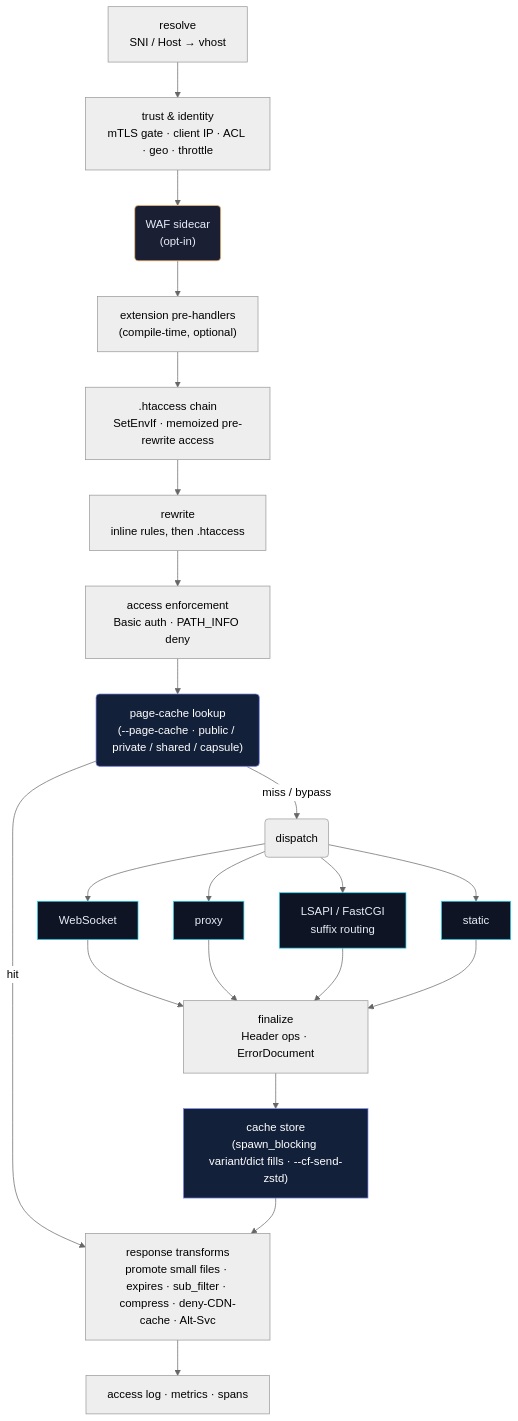
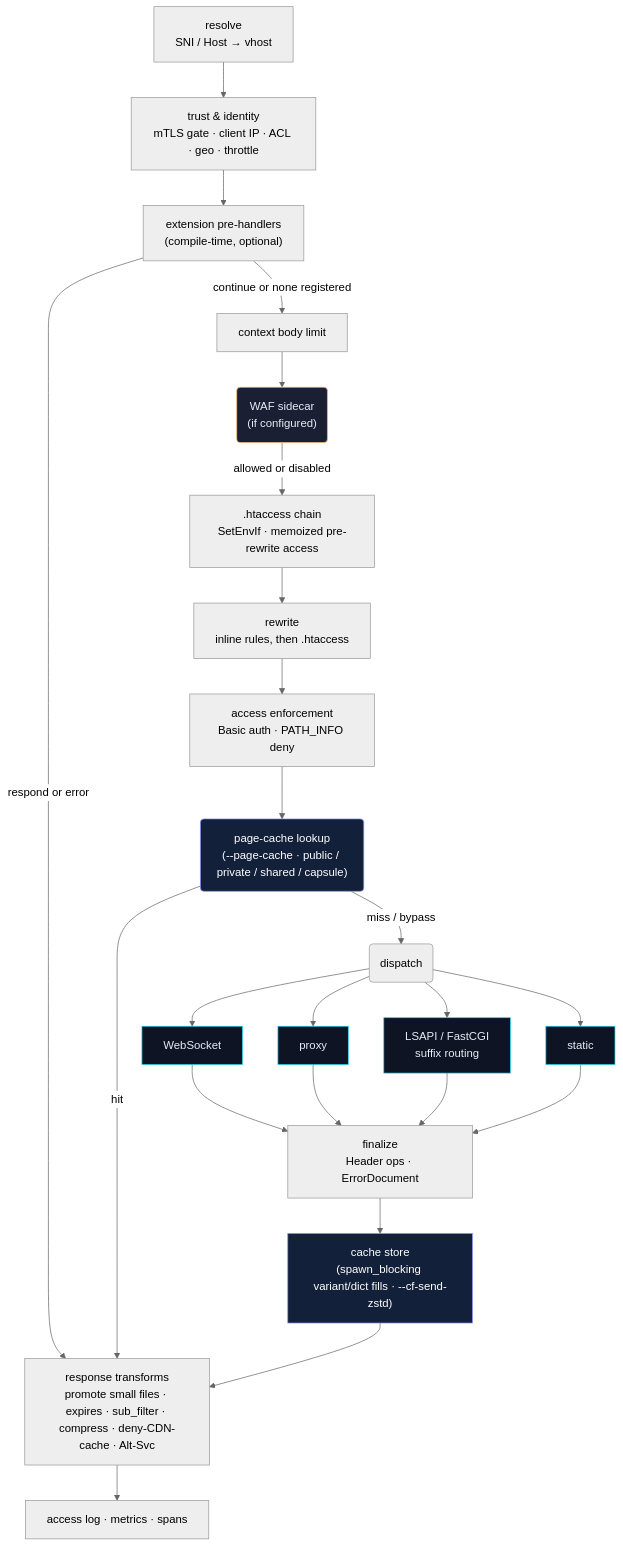
One commit to faratech/httpjet-site changed the diagram in docs-src/diagrams/pipeline.mmd. Above: the diagram before and after it, drawn with Mermaid (neutral theme). The commit also changed 162 other files, not shown here.

```diff
--- a/docs-src/diagrams/pipeline.mmd
+++ b/docs-src/diagrams/pipeline.mmd
@@ -1,33 +1,35 @@
 flowchart TB
   classDef on fill:#13203a,stroke:#818cf8,color:#fff
   classDef term fill:#0e1424,stroke:#22d3ee,color:#e8ecf6
   classDef gate fill:#1a1f33,stroke:#fbbf73,color:#e8ecf6
   A["resolve<br/>SNI / Host → vhost"] --> B["trust & identity<br/>mTLS gate · client IP · ACL · geo · throttle"]
-  B --> W("WAF sidecar<br/>(opt-in)"):::gate
-  W --> X["extension pre-handlers<br/>(compile-time, optional)"]
-  X --> C[".htaccess chain<br/>SetEnvIf · memoized pre-rewrite access"]
+  B --> X["extension pre-handlers<br/>(compile-time, optional)"]
+  X -- "continue or none registered" --> Y["context body limit"]
+  X -- "respond or error" --> K
+  Y --> W("WAF sidecar<br/>(if configured)"):::gate
+  W -- "allowed or disabled" --> C[".htaccess chain<br/>SetEnvIf · memoized pre-rewrite access"]
   C --> D["rewrite<br/>inline rules, then .htaccess"]
   D --> E["access enforcement<br/>Basic auth · PATH_INFO deny"]
   E --> F("page-cache lookup<br/>(--page-cache · public / private / shared / capsule)"):::on
   F -- hit --> K
   F -- miss / bypass --> G("dispatch")
   G --> G1[WebSocket]:::term
   G --> G2["proxy <context>"]:::term
   G --> G3["LSAPI / FastCGI<br/>suffix routing"]:::term
   G --> G4[static]:::term
   G1 & G2 & G3 & G4 --> H["finalize<br/>Header ops · ErrorDocument"]
   H --> I["cache store<br/>(spawn_blocking variant/dict fills · --cf-send-zstd)"]:::on
   I --> K["response transforms<br/>promote small files · expires · sub_filter · compress · deny-CDN-cache · Alt-Svc"]
   K --> L["access log · metrics · spans"]
   click B "security.html"
   click W "extensions.html#waf"
   click X "extensions.html"
   click C "rewrite.html"
   click D "rewrite.html"
   click E "rewrite.html#basic-auth"
   click F "page-cache.html#lookup"
   click I "page-cache.html#store"
   click G2 "gateways.html"
   click G3 "lsapi.html"
   click K "compression.html"
   click L "observability.html"
```
